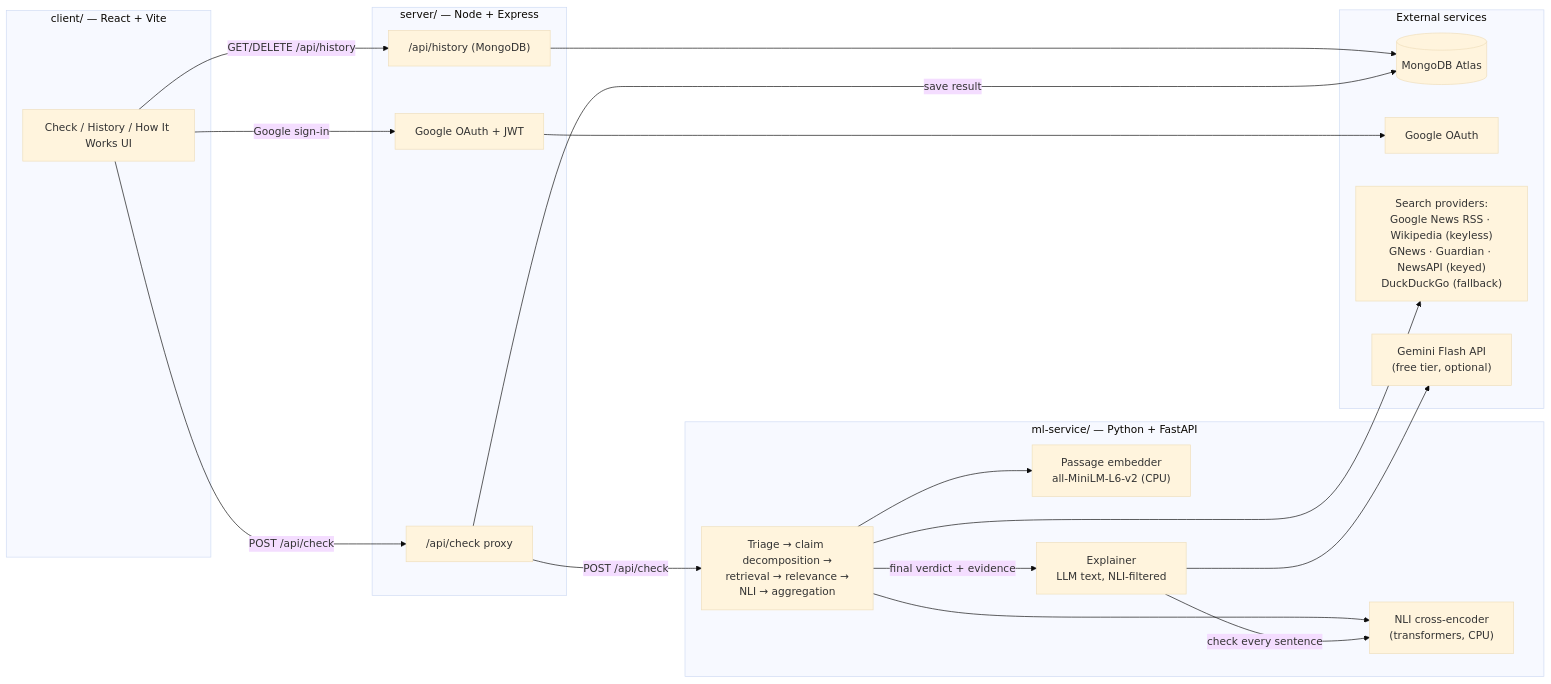
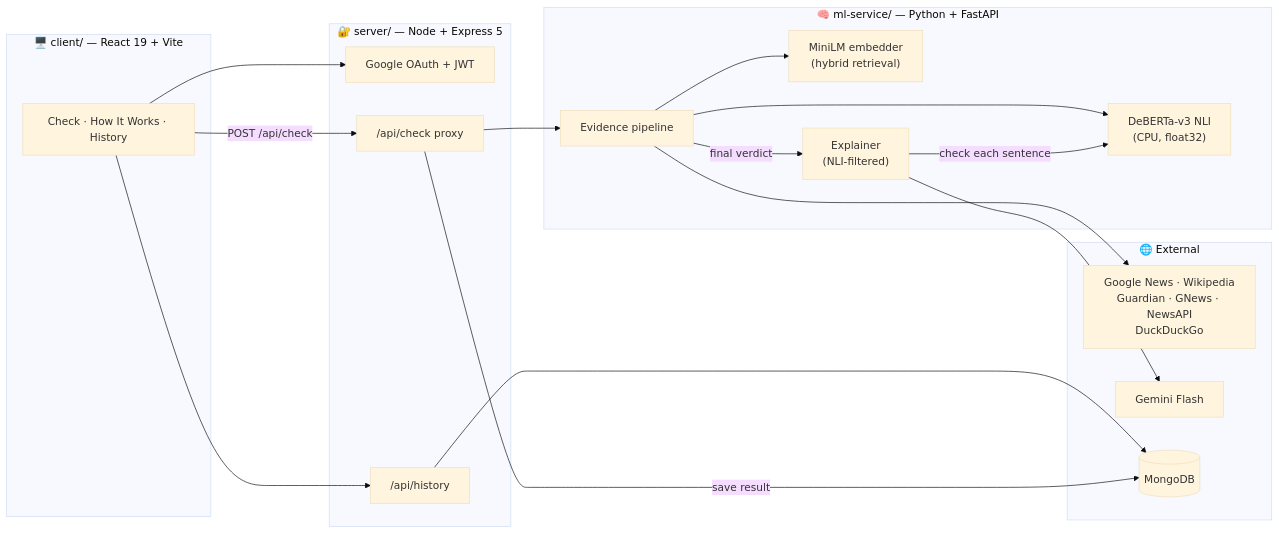
One commit to Shoaib1M/NewsChecker_v2 changed the first of 7 diagrams in README.md. Above: the diagram before and after it, drawn with Mermaid (base theme). The commit also changed other lines of this file and 6 other files, not shown here.

Commit message:
Rewrite README with flowcharts, measured results and fresh screenshots

````diff
--- a/README.md
+++ b/README.md
@@ -101,37 +89,33 @@
 ```mermaid
 flowchart LR
-    subgraph Client["client/ — React + Vite"]
-        UI[Check / History / How It Works UI]
+    subgraph Client["🖥️ client/ — React 19 + Vite"]
+        UI["Check · How It Works · History"]
     end
-    subgraph Server["server/ — Node + Express"]
+    subgraph Server["🔐 server/ — Node + Express 5"]
         Auth["Google OAuth + JWT"]
         Proxy["/api/check proxy"]
-        History["/api/history (MongoDB)"]
+        Hist["/api/history"]
     end
-    subgraph ML["ml-service/ — Python + FastAPI"]
-        Pipeline["Triage → claim decomposition →<br/>retrieval → relevance →<br/>NLI → aggregation"]
-        NLIModel["NLI cross-encoder<br/>(transformers, CPU)"]
-        Embedder["Passage embedder<br/>all-MiniLM-L6-v2 (CPU)"]
-        Explainer["Explainer<br/>LLM text, NLI-filtered"]
+    subgraph ML["🧠 ml-service/ — Python + FastAPI"]
+        Pipe["Evidence pipeline"]
+        NLI["DeBERTa-v3 NLI<br/>(CPU, float32)"]
+        Emb["MiniLM embedder<br/>(hybrid retrieval)"]
+        Exp["Explainer<br/>(NLI-filtered)"]
     end
-    subgraph External["External services"]
-        Mongo[(MongoDB Atlas)]
-        Google[Google OAuth]
-        News["Search providers:<br/>Google News RSS · Wikipedia (keyless)<br/>GNews · Guardian · NewsAPI (keyed)<br/>DuckDuckGo (fallback)"]
-        Gemini["Gemini Flash API<br/>(free tier, optional)"]
+    subgraph Ext["🌐 External"]
+        News["Google News · Wikipedia<br/>Guardian · GNews · NewsAPI<br/>DuckDuckGo"]
+        Gem["Gemini Flash"]
+        Mongo[("MongoDB")]
     end
 
-    UI -->|"POST /api/check"| Proxy
-    UI -->|"Google sign-in"| Auth
-    UI -->|"GET/DELETE /api/history"| History
-    Auth --> Google
-    History --> Mongo
-    Proxy -->|"POST /api/check"| Pipeline
+    UI -->|POST /api/check| Proxy --> Pipe
+    UI --> Auth
+    UI --> Hist --> Mongo
     Proxy -->|save result| Mongo
-    Pipeline --> NLIModel
-    Pipeline --> Embedder
-    Pipeline --> News
-    Pipeline -->|"final verdict + evidence"| Explainer
-    Explainer --> Gemini
-    Explainer -->|"check every sentence"| NLIModel
+    Pipe --> News
+    Pipe --> Emb
+    Pipe --> NLI
+    Pipe -->|final verdict| Exp
+    Exp --> Gem
+    Exp -->|check each sentence| NLI
 ```
````
